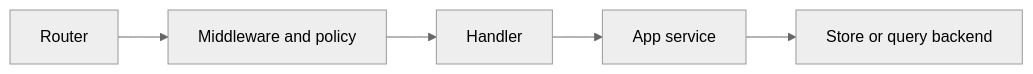
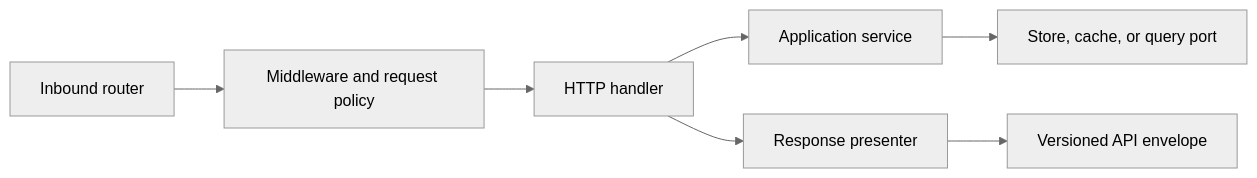
The second of 3 diagrams in docs/bijux-atlas-dev/automation/adding-http-surface.md (bijux/bijux-atlas), drawn with Mermaid (neutral theme) before and after one commit. The commit also changed other lines of this file and 2 other files, not shown here.

Commit message:
docs(extensions): define governed CLI HTTP and contract changes

````diff
--- a/docs/bijux-atlas-dev/automation/adding-http-surface.md
+++ b/docs/bijux-atlas-dev/automation/adding-http-surface.md
@@ -30,7 +37,9 @@
 ```mermaid
 flowchart LR
-    Router[Router] --> Middleware[Middleware and policy]
-    Middleware --> Handler[Handler]
-    Handler --> App[App service]
-    App --> Store[Store or query backend]
+    Router[Inbound router] --> Middleware[Middleware and request policy]
+    Middleware --> Handler[HTTP handler]
+    Handler --> App[Application service]
+    App --> Port[Store, cache, or query port]
+    Handler --> Presenter[Response presenter]
+    Presenter --> Client[Versioned API envelope]
 ```
````
